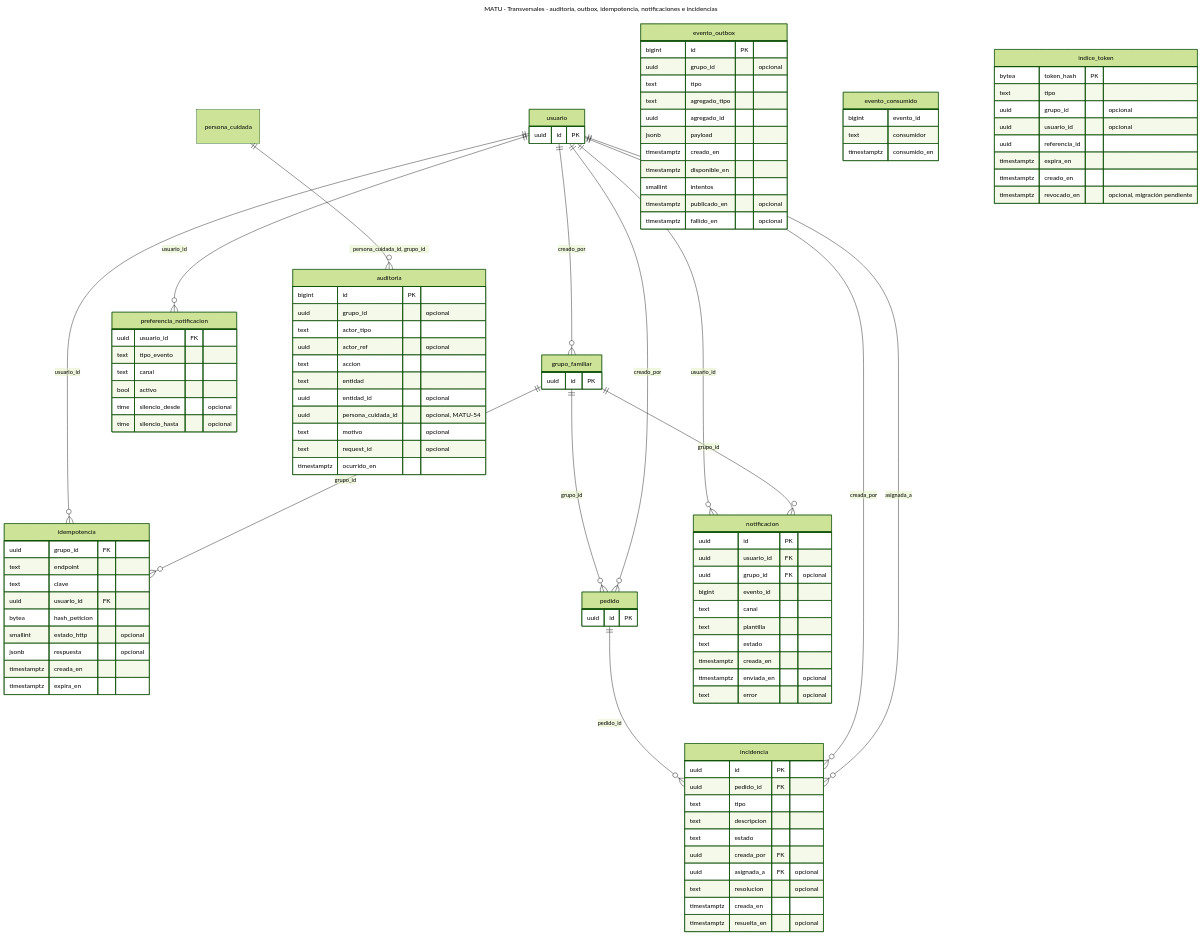
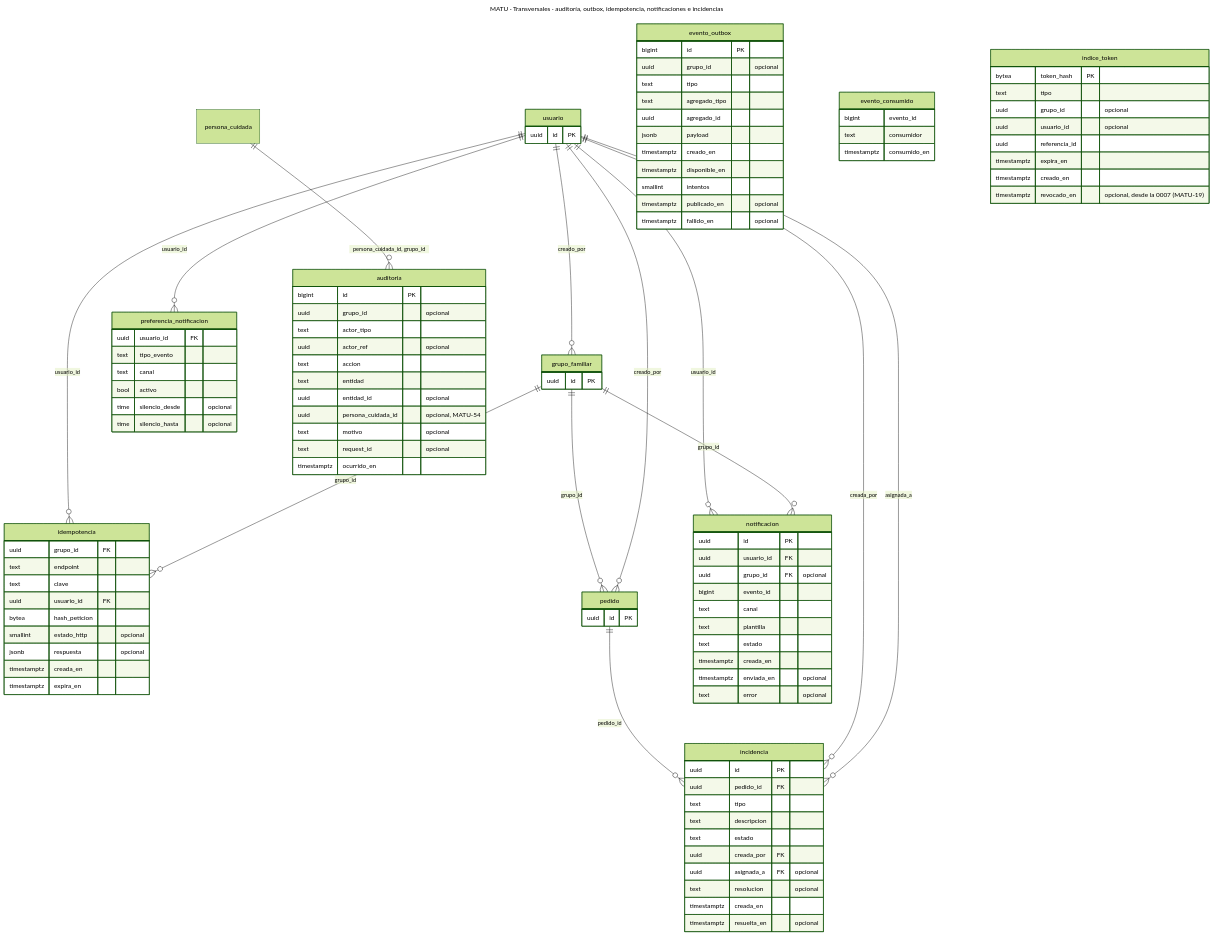
Before and after one commit to MartinHenriquez131/MATU: the ninth of 11 diagrams in docs/modelo-datos.md, drawn with Mermaid (forest theme). The commit also changed other lines of this file, not shown here.

First line of the commit message:
MATU-100: la dirección queda Nunca para operación y sistema (0033 y 0035), nota 3 al día y revocado_en desde la 0007

```diff
--- a/docs/modelo-datos.md
+++ b/docs/modelo-datos.md
@@ -957,7 +957,7 @@
         uuid referencia_id
         timestamptz expira_en
         timestamptz creado_en
-        timestamptz revocado_en "opcional, migración pendiente"
+        timestamptz revocado_en "opcional, desde la 0007 (MATU-19)"
     }
     notificacion {
         uuid id PK
```
